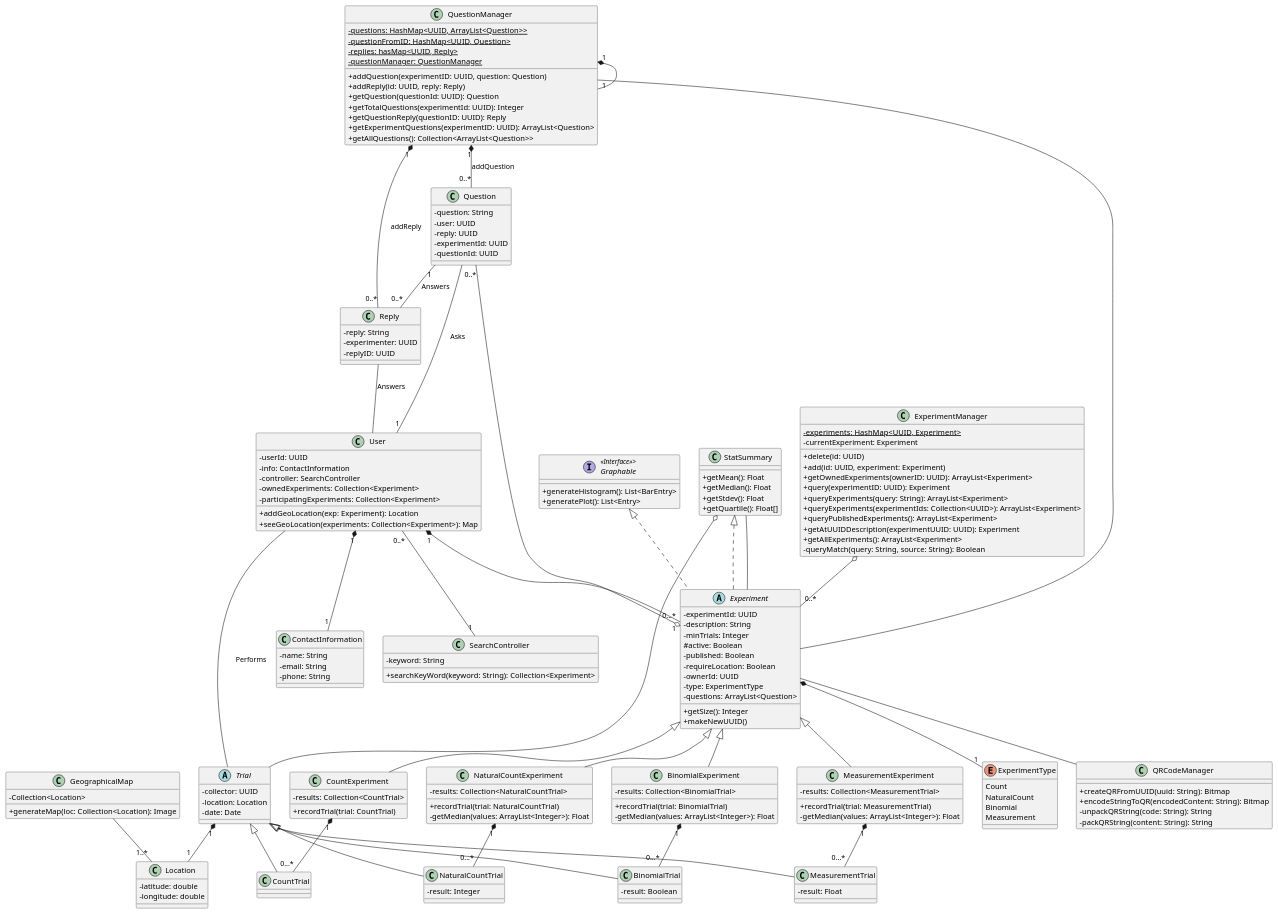
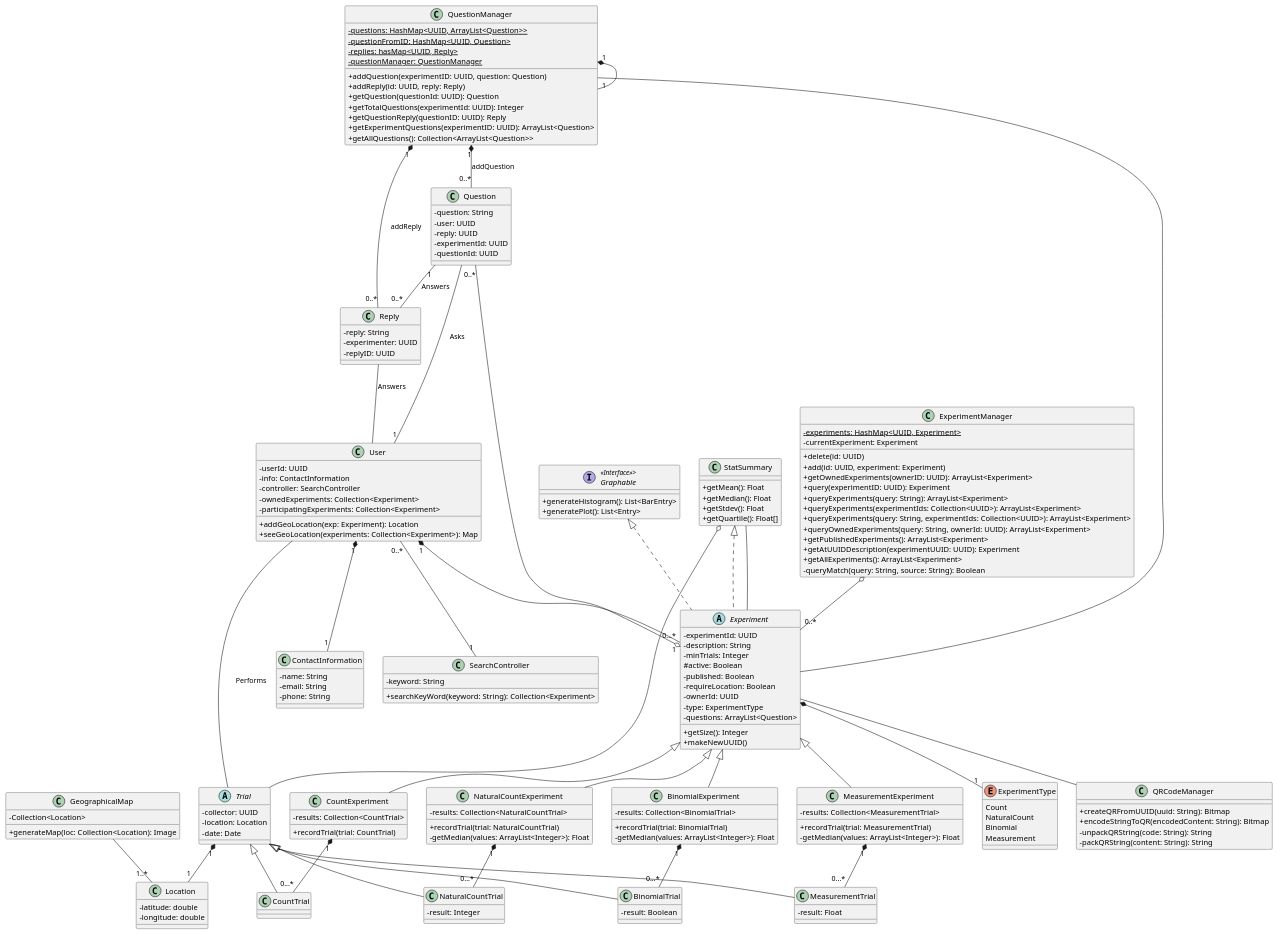
Before and after one commit to CMPUT301W21T03/Experiment-Automata: the diagram in doc/uml/uml.puml, drawn with PlantUML. The commit also changed 3 other files, not shown here.

Commit message:
Fixed Javadoc, small bug in search, updated UML

```diff
--- a/doc/uml/uml.puml
+++ b/doc/uml/uml.puml
@@ -24,8 +24,10 @@
    + getOwnedExperiments(ownerID: UUID): ArrayList<Experiment> 
    + query(experimentID: UUID): Experiment 
    + queryExperiments(query: String): ArrayList<Experiment> 
-   + queryExperiments(experimentIds: Collection<UUID>): ArrayList<Experiment> 
-   + queryPublishedExperiments(): ArrayList<Experiment>
+   + queryExperiments(experimentIds: Collection<UUID>): ArrayList<Experiment>
+   + queryExperiments(query: String, experimentIds: Collection<UUID>): ArrayList<Experiment>
+   + queryOwnedExperiments(query: String, ownerId: UUID): ArrayList<Experiment> 
+   + getPublishedExperiments(): ArrayList<Experiment>
    + getAtUUIDDescription(experimentUUID: UUID): Experiment
    + getAllExperiments(): ArrayList<Experiment> 
    - queryMatch(query: String, source: String): Boolean
```
